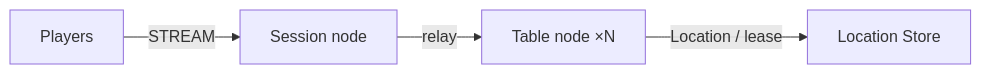
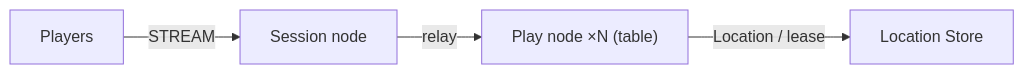
The diagram in framework/languages/java/templates/kotlin/board-tables/my-game/README.md (zlink-systems/zlink), drawn with Mermaid before and after one commit. The commit also changed other lines of this file and 223 other files, not shown here.

First line of the commit message:
docs(templates): 모든 템플릿의 노드 이름을 Session node · Play node · API node로 (#5350)

````diff
--- a/framework/languages/java/templates/kotlin/board-tables/my-game/README.md
+++ b/framework/languages/java/templates/kotlin/board-tables/my-game/README.md
@@ -5,6 +5,6 @@
 ```mermaid
 flowchart LR
-  players[Players] -->|STREAM| session[Session node]
-  session -->|relay| table[Table node ×N]
+  players[Players] -->|STREAM| session["Session node"]
+  session -->|relay| table["Play node ×N (table)"]
   table -->|Location / lease| location[Location Store]
 ```
````
